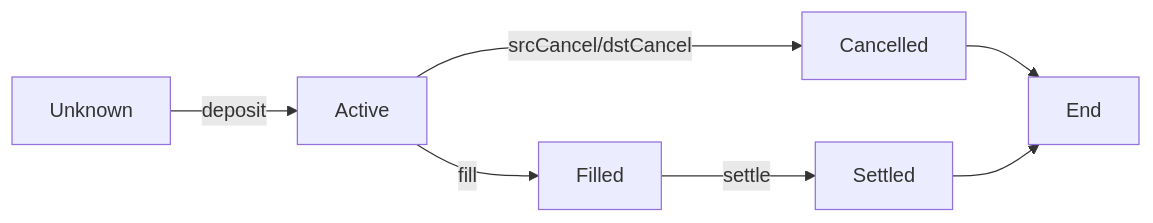
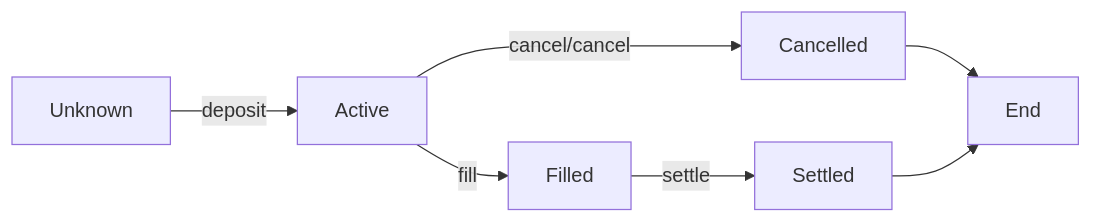
One commit to aori-io/aori changed the second of 3 diagrams in README.md. Above: the diagram before and after it, drawn with Mermaid. The commit also changed other lines of this file and 16 other files, not shown here.

````diff
--- a/README.md
+++ b/README.md
@@ -58,9 +58,9 @@
 ```mermaid
 flowchart LR
     Unknown -->|deposit| Active
     Active -->|fill| Filled
-    Active -->|srcCancel/dstCancel| Cancelled
+    Active -->|cancel/cancel| Cancelled
     Filled -->|settle| Settled
     Cancelled --> End
     Settled --> End
 ```
````
